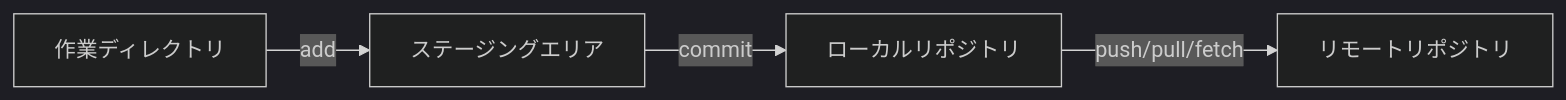
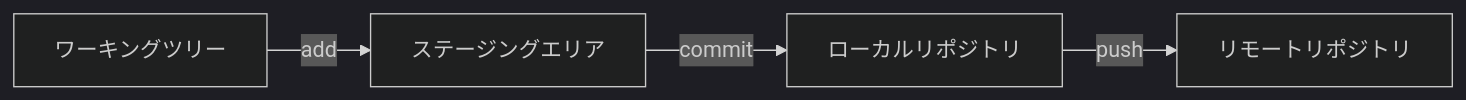
The second of 2 diagrams in git/introduction.md (TShibano/study-linux), drawn with Mermaid (dark theme) before and after one commit. The commit also changed other lines of this file and 1 other file, not shown here.

````diff
--- a/git/introduction.md
+++ b/git/introduction.md
@@ -40,6 +106,6 @@
 ```mermaid
 flowchart LR
-  A[作業ディレクトリ] -- add --> B[ステージングエリア]
+  A[ワーキングツリー] -- add --> B[ステージングエリア]
   B -- commit --> C[ローカルリポジトリ]
-  C -- push/pull/fetch --> D[リモートリポジトリ]
+  C -- push --> D[リモートリポジトリ]
 ```
````
